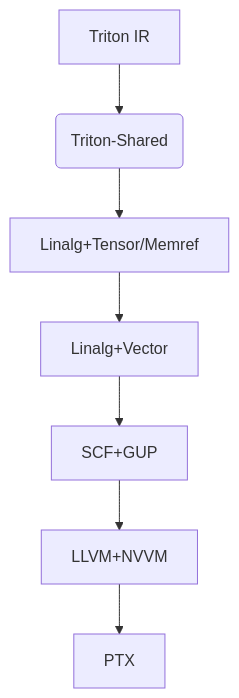
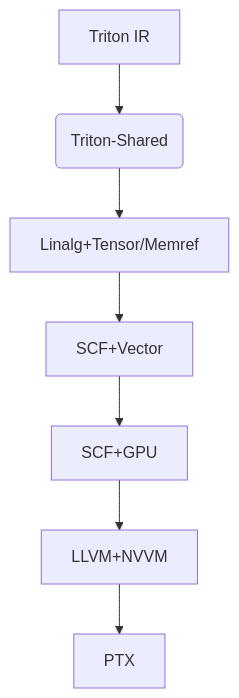
One commit to TruthK/triton-shared changed the diagram in README.md. Above: the diagram before and after it, drawn with Mermaid. The commit also changed other lines of this file and 2 other files, not shown here.

````diff
--- a/README.md
+++ b/README.md
@@ -10,9 +10,9 @@
 ```mermaid
 graph TD
     A[Triton IR] --> B(Triton-Shared)
     B --> C[Linalg+Tensor/Memref]
-    C --> D[Linalg+Vector]
-    D --> E[SCF+GUP]
+    C --> D[SCF+Vector]
+    D --> E[SCF+GPU]
     E --> F[LLVM+NVVM]
     F --> G[PTX]
 ```
````
